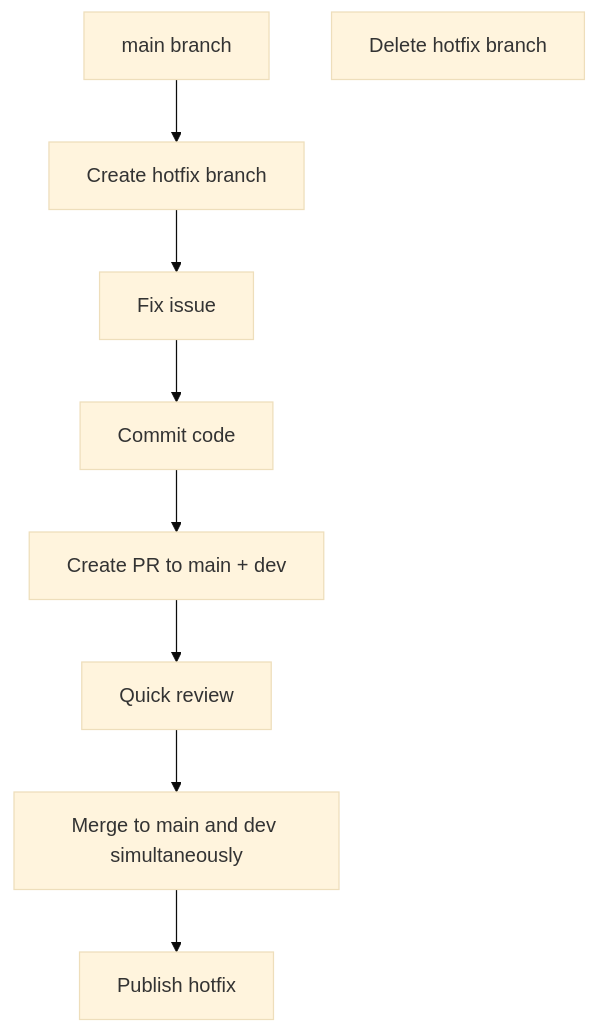
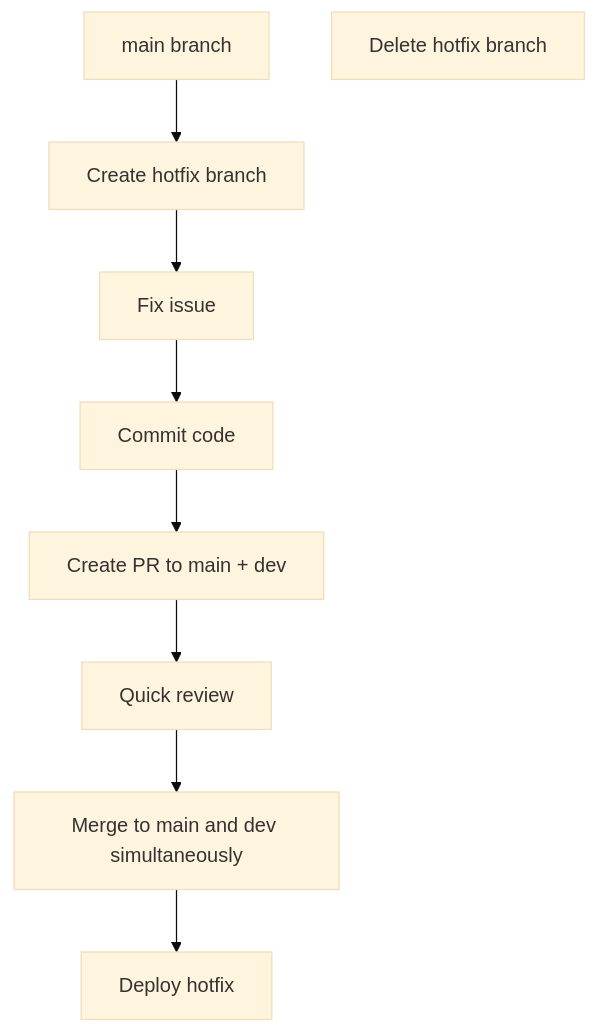
The second of 3 diagrams in docs/src/en/dev/branch-maintenance-guide.md (ChenXu233/YaoXiang), drawn with Mermaid (base theme) before and after one commit. The commit also changed other lines of this file and 392 other files, not shown here.

````diff
--- a/docs/src/en/dev/branch-maintenance-guide.md
+++ b/docs/src/en/dev/branch-maintenance-guide.md
@@ -168,11 +167,11 @@
 ```mermaid
 graph TD
     A[main branch] --> B[Create hotfix branch]
     B --> C[Fix issue]
     C --> D[Commit code]
     D --> E[Create PR to main + dev]
     E --> F[Quick review]
     F --> G[Merge to main and dev simultaneously]
-    G --> H[Publish hotfix]
+    G --> H[Deploy hotfix]
     I[Delete hotfix branch]
 ```
````
